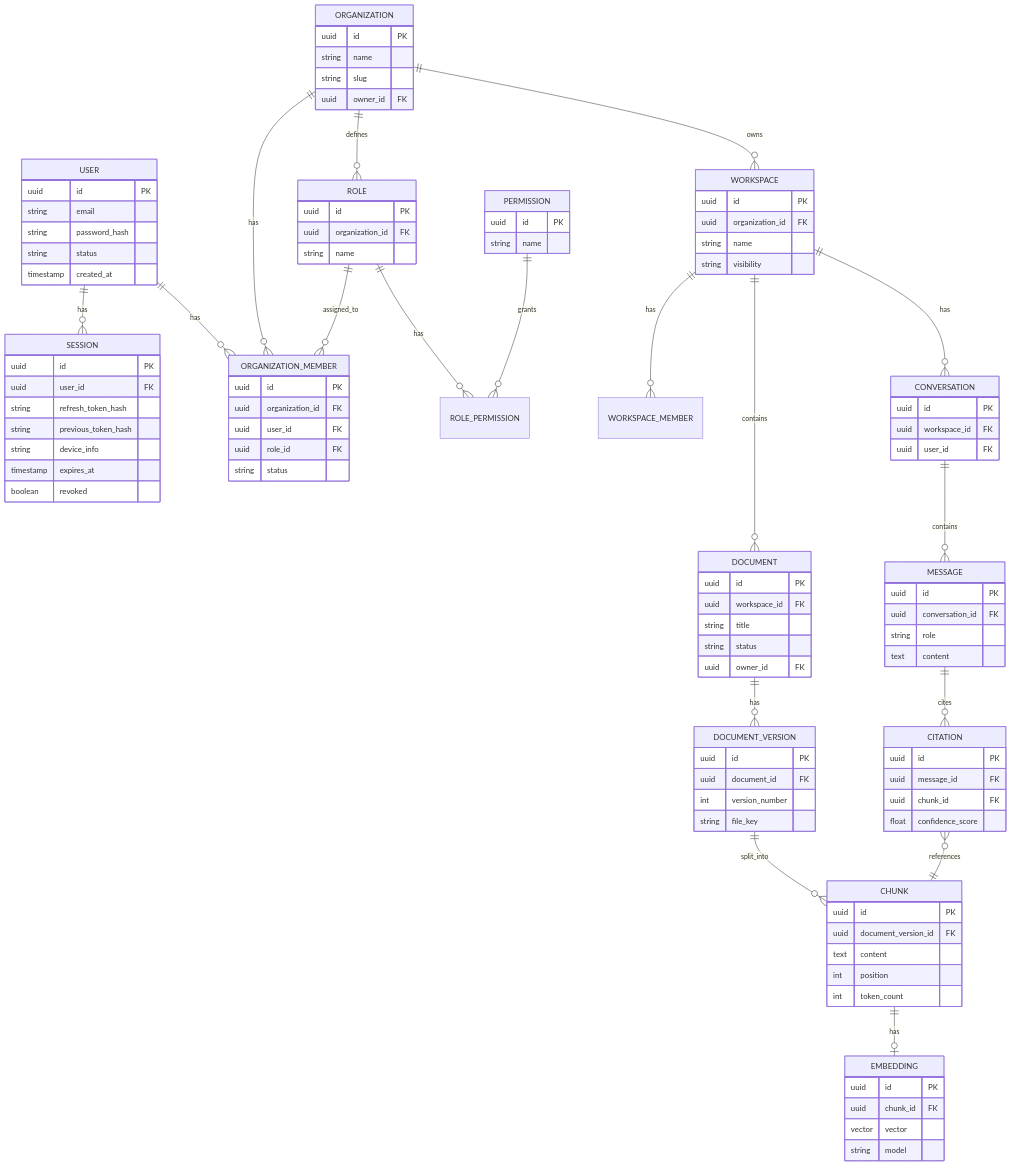
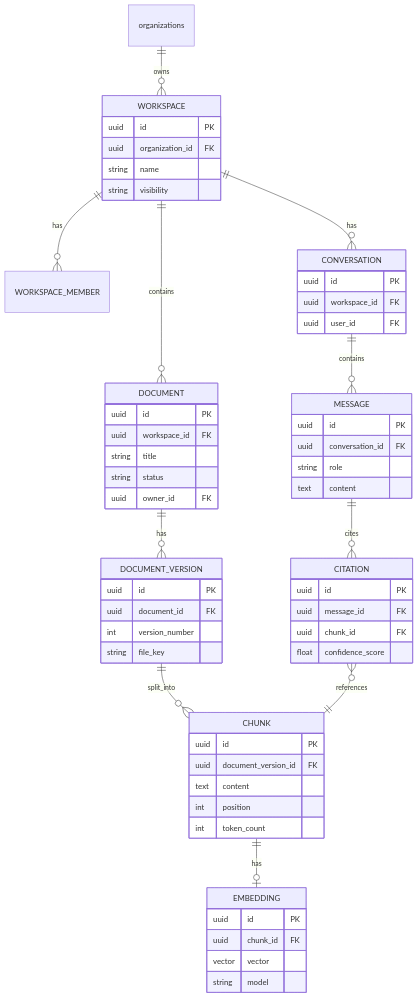
Before and after one commit to kkbaidu/AI-Powered-Knowledge-OS: the third of 8 diagrams in docs/architecture/Atlas — Architecture Diagrams (MVP Scope).md, drawn with Mermaid. The commit also changed other lines of this file, not shown here.

First line of the commit message:
docs: update ER and middleware diagrams to match the code

````diff
--- a/docs/architecture/Atlas — Architecture Diagrams (MVP Scope).md
+++ b/docs/architecture/Atlas — Architecture Diagrams (MVP Scope).md
@@ -48,13 +138,6 @@
 ```mermaid
 erDiagram
-    USER ||--o{ SESSION : has
-    USER ||--o{ ORGANIZATION_MEMBER : has
-    ORGANIZATION ||--o{ ORGANIZATION_MEMBER : has
-    ORGANIZATION ||--o{ WORKSPACE : owns
-    ORGANIZATION ||--o{ ROLE : defines
-    ROLE ||--o{ ROLE_PERMISSION : has
-    PERMISSION ||--o{ ROLE_PERMISSION : grants
-    ROLE ||--o{ ORGANIZATION_MEMBER : assigned_to
+    organizations ||--o{ WORKSPACE : owns
     WORKSPACE ||--o{ WORKSPACE_MEMBER : has
     WORKSPACE ||--o{ DOCUMENT : contains
     DOCUMENT ||--o{ DOCUMENT_VERSION : has
@@ -65,44 +148,6 @@
     MESSAGE ||--o{ CITATION : cites
     CITATION }o--|| CHUNK : references
 
-    USER {
-        uuid id PK
-        string email
-        string password_hash
-        string status
-        timestamp created_at
-    }
-    SESSION {
-        uuid id PK
-        uuid user_id FK
-        string refresh_token_hash
-        string previous_token_hash
-        string device_info
-        timestamp expires_at
-        boolean revoked
-    }
-    ORGANIZATION {
-        uuid id PK
-        string name
-        string slug
-        uuid owner_id FK
-    }
-    ORGANIZATION_MEMBER {
-        uuid id PK
-        uuid organization_id FK
-        uuid user_id FK
-        uuid role_id FK
-        string status
-    }
-    ROLE {
-        uuid id PK
-        uuid organization_id FK
-        string name
-    }
-    PERMISSION {
-        uuid id PK
-        string name
-    }
     WORKSPACE {
         uuid id PK
         uuid organization_id FK
````
